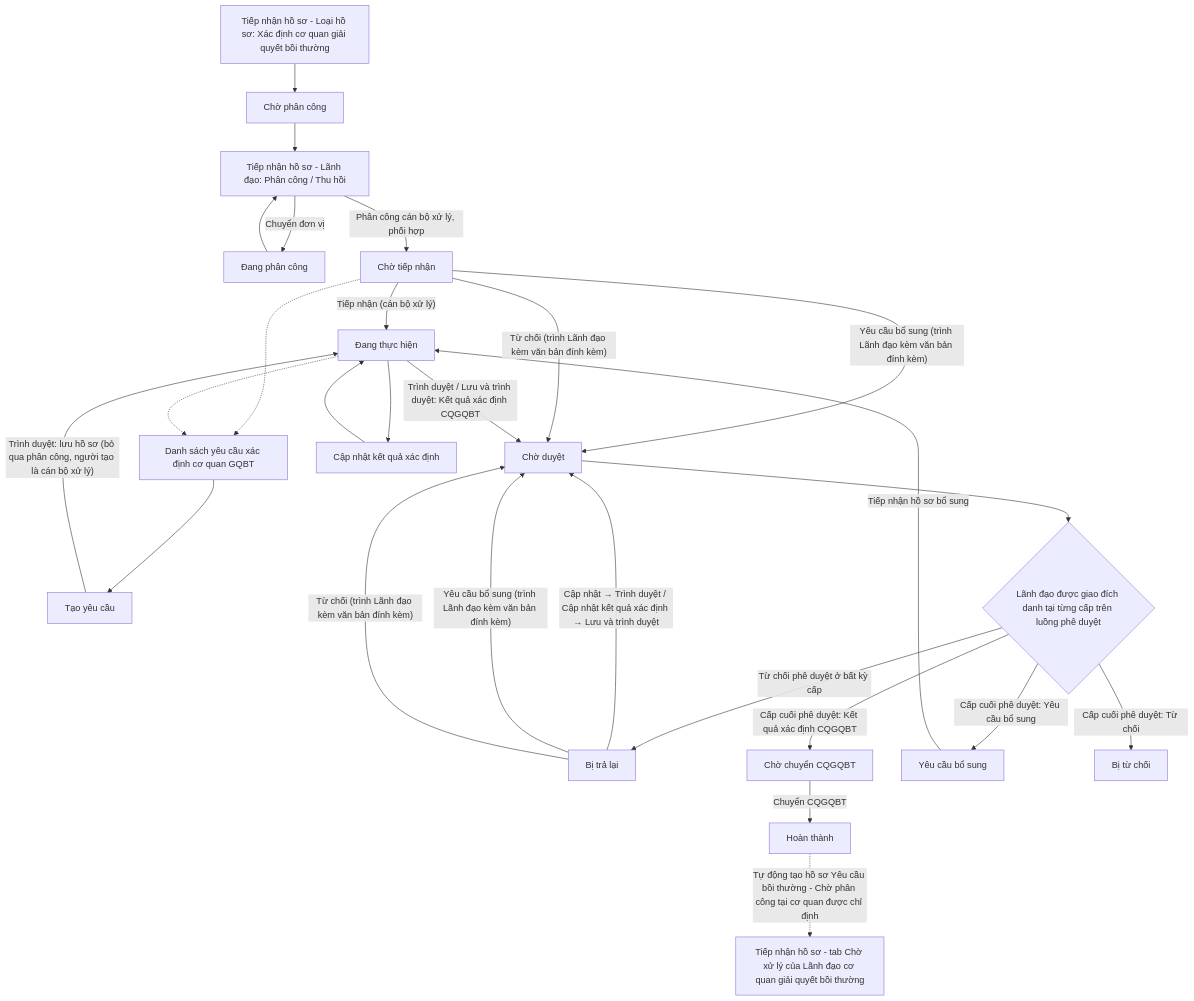
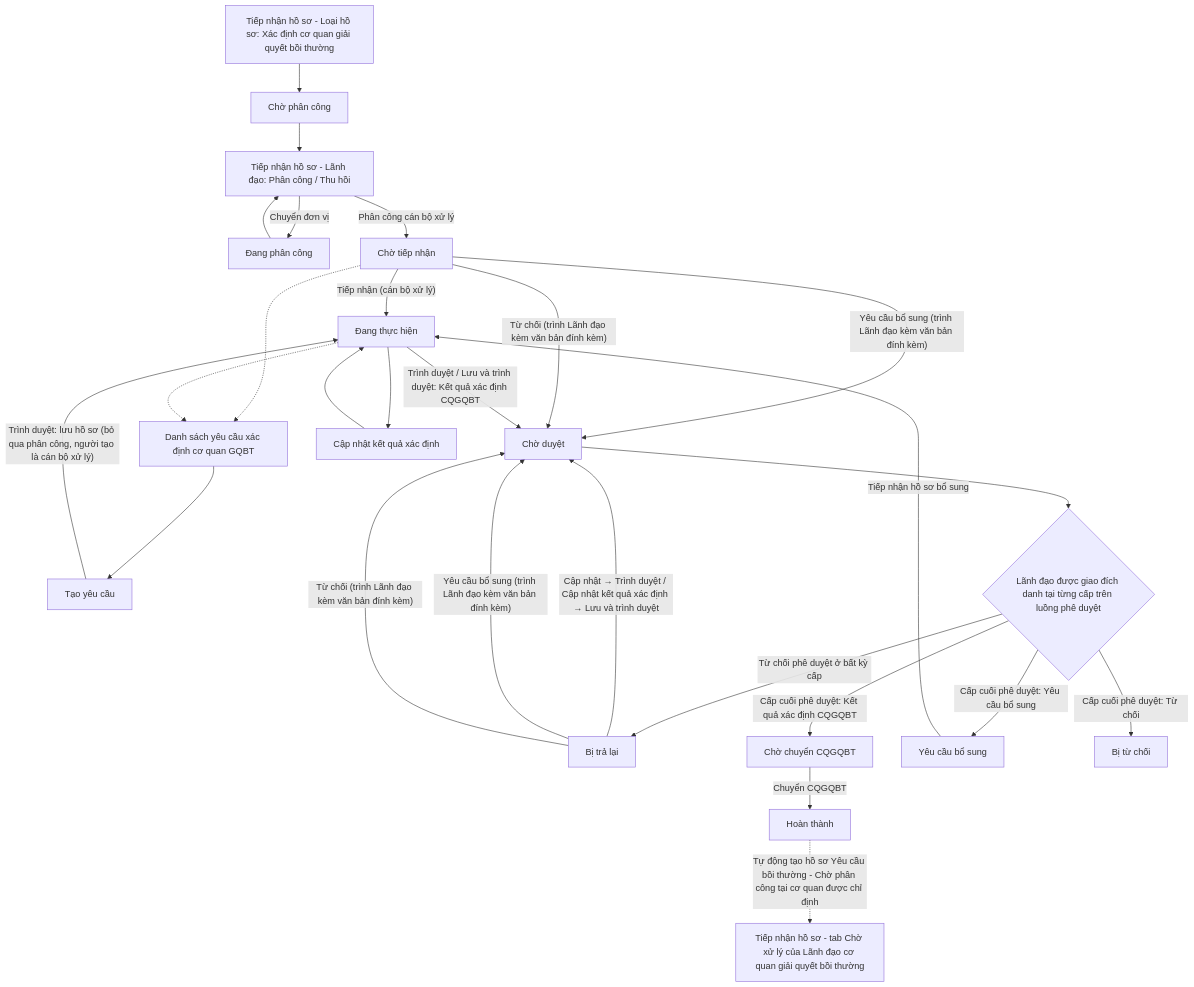
Before and after one commit to huyendt2007/BPBD_UI: the diagram in Tai_lieu_SRS/03_Website_Quan_tri/03_Cong_tac_boi_thuong/SRS_BTNN_GiaiQuyetBT__Xac định cơ quan GQBT.md, drawn with Mermaid. The commit also changed other lines of this file and 20 other files, not shown here.

````diff
--- a/Tai_lieu_SRS/03_Website_Quan_tri/03_Cong_tac_boi_thuong/SRS_BTNN_GiaiQuyetBT__Xac định cơ quan GQBT.md
+++ b/Tai_lieu_SRS/03_Website_Quan_tri/03_Cong_tac_boi_thuong/SRS_BTNN_GiaiQuyetBT__Xac định cơ quan GQBT.md
@@ -98,29 +97,29 @@
 ```mermaid
 flowchart TD
     TN["Tiếp nhận hồ sơ - Loại hồ sơ: Xác định cơ quan giải quyết bồi thường"] --> CPC["Chờ phân công"]
     CPC --> LD["Tiếp nhận hồ sơ - Lãnh đạo: Phân công / Thu hồi"]
     LD -->|"Chuyển đơn vị"| DPC["Đang phân công"]
     DPC --> LD
-    LD -->|"Phân công cán bộ xử lý, phối hợp"| CTN["Chờ tiếp nhận"]
+    LD -->|"Phân công cán bộ xử lý"| CTN["Chờ tiếp nhận"]
     A["Danh sách yêu cầu xác định cơ quan GQBT"] --> C["Tạo yêu cầu"]
     C -->|"Trình duyệt: lưu hồ sơ (bỏ qua phân công, người tạo là cán bộ xử lý)"| DTH["Đang thực hiện"]
     CTN -->|"Tiếp nhận (cán bộ xử lý)"| DTH
     CTN -->|"Yêu cầu bổ sung (trình Lãnh đạo kèm văn bản đính kèm)"| CPD
     CTN -->|"Từ chối (trình Lãnh đạo kèm văn bản đính kèm)"| CPD
     DTH --> KQ["Cập nhật kết quả xác định"]
     KQ --> DTH
     DTH -->|"Trình duyệt / Lưu và trình duyệt: Kết quả xác định CQGQBT"| CPD["Chờ duyệt"]
     CPD --> PD{"Lãnh đạo được giao đích danh tại từng cấp trên luồng phê duyệt"}
     PD -->|"Từ chối phê duyệt ở bất kỳ cấp"| BTL["Bị trả lại"]
     BTL -->|"Cập nhật → Trình duyệt / Cập nhật kết quả xác định → Lưu và trình duyệt"| CPD
     BTL -->|"Yêu cầu bổ sung (trình Lãnh đạo kèm văn bản đính kèm)"| CPD
     BTL -->|"Từ chối (trình Lãnh đạo kèm văn bản đính kèm)"| CPD
     PD -->|"Cấp cuối phê duyệt: Kết quả xác định CQGQBT"| CC["Chờ chuyển CQGQBT"]
     PD -->|"Cấp cuối phê duyệt: Yêu cầu bổ sung"| YCBS["Yêu cầu bổ sung"]
     PD -->|"Cấp cuối phê duyệt: Từ chối"| BTC["Bị từ chối"]
     YCBS -->|"Tiếp nhận hồ sơ bổ sung"| DTH
     CC -->|"Chuyển CQGQBT"| HT["Hoàn thành"]
     HT -.->|"Tự động tạo hồ sơ Yêu cầu bồi thường - Chờ phân công tại cơ quan được chỉ định"| YC["Tiếp nhận hồ sơ - tab Chờ xử lý của Lãnh đạo cơ quan giải quyết bồi thường"]
     CTN -.-> A
     DTH -.-> A
 ```
````
